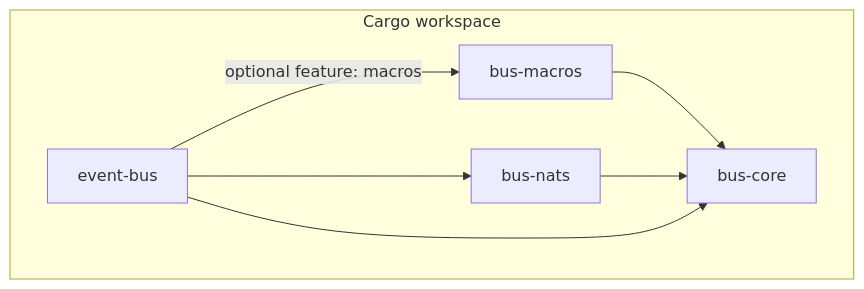
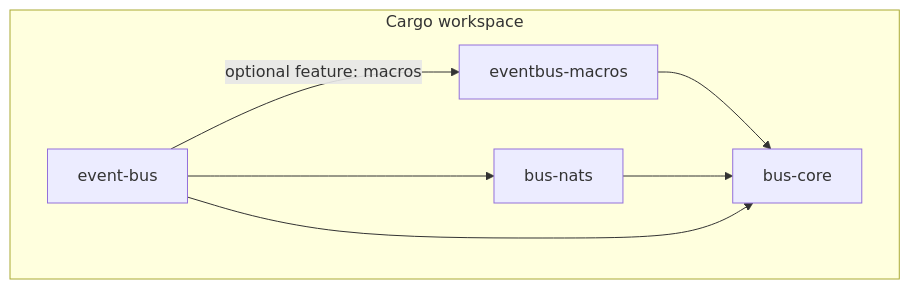
The first of 3 diagrams in docs/diagrams/system-diagrams.md (scriptkid23/eventbus-rs), drawn with Mermaid before and after one commit. The commit also changed other lines of this file and 22 other files, not shown here.

First line of the commit message:
refactor: rename `bus-macros` to `eventbus-macros` across the workspace

````diff
--- a/docs/diagrams/system-diagrams.md
+++ b/docs/diagrams/system-diagrams.md
@@ -5,15 +5,15 @@
 ```mermaid
 flowchart TD
     subgraph workspace [Cargo workspace]
         busCore[bus-core]
-        busMacros[bus-macros]
+        busMacros[eventbus-macros]
         busNats[bus-nats]
         eventBus[event-bus]
     end
 
     busMacros --> busCore
     busNats --> busCore
     eventBus --> busCore
     eventBus --> busNats
     eventBus -->|"optional feature: macros"| busMacros
 ```
````
